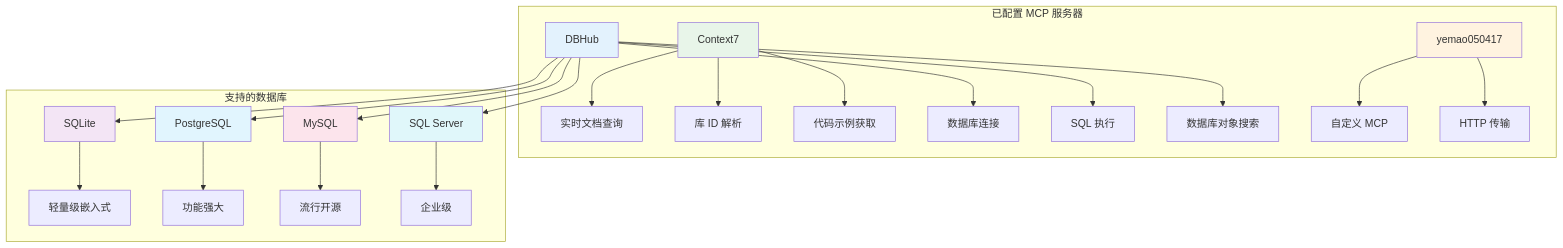
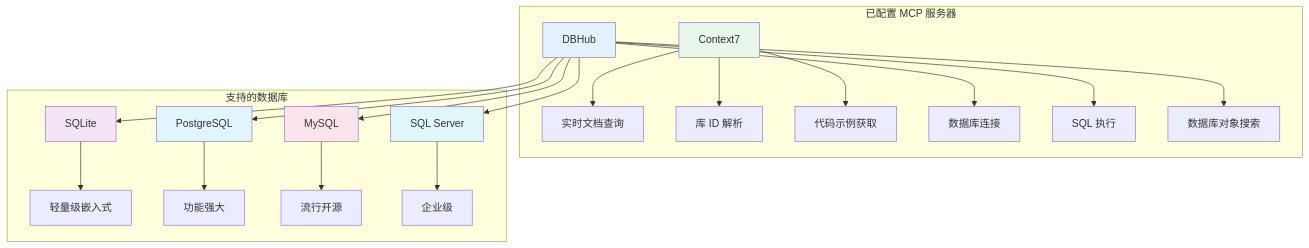
Before and after one commit to shuai-yemao/shuai-yemao-chip: the sixth of 9 diagrams in README.md, drawn with Mermaid. The commit also changed other lines of this file, not shown here.

Commit message:
refactor: 移除未使用的 yemao050417 MCP 服务器
- 从 settings.json 中删除 yemao050417 MCP 配置
- 更新 README.md，移除 yemao050417 相关内容
- 更新更新日志，记录此次更改

````diff
--- a/README.md
+++ b/README.md
@@ -215,35 +215,31 @@
 ```mermaid
 graph TB
     subgraph "已配置 MCP 服务器"
         A[Context7] --> A1[实时文档查询]
         A --> A2[库 ID 解析]
         A --> A3[代码示例获取]
 
         B[DBHub] --> B1[数据库连接]
         B --> B2[SQL 执行]
         B --> B3[数据库对象搜索]
-
-        C[yemao050417] --> C1[自定义 MCP]
-        C --> C2[HTTP 传输]
     end
 
     subgraph "支持的数据库"
-        D[SQLite] --> D1[轻量级嵌入式]
-        E[PostgreSQL] --> E1[功能强大]
-        F[MySQL] --> F1[流行开源]
-        G[SQL Server] --> G1[企业级]
+        C[SQLite] --> C1[轻量级嵌入式]
+        D[PostgreSQL] --> D1[功能强大]
+        E[MySQL] --> E1[流行开源]
+        F[SQL Server] --> F1[企业级]
     end
 
+    B --> C
     B --> D
     B --> E
     B --> F
-    B --> G
 
     style A fill:#e8f5e9
     style B fill:#e3f2fd
-    style C fill:#fff3e0
-    style D fill:#f3e5f5
-    style E fill:#e1f5fe
-    style F fill:#fce4ec
-    style G fill:#e0f7fa
+    style C fill:#f3e5f5
+    style D fill:#e1f5fe
+    style E fill:#fce4ec
+    style F fill:#e0f7fa
 ```
````
